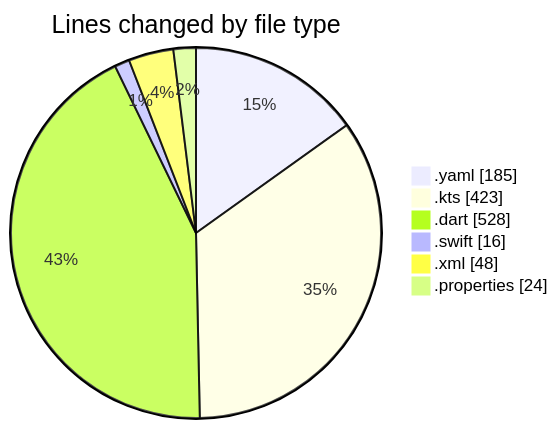
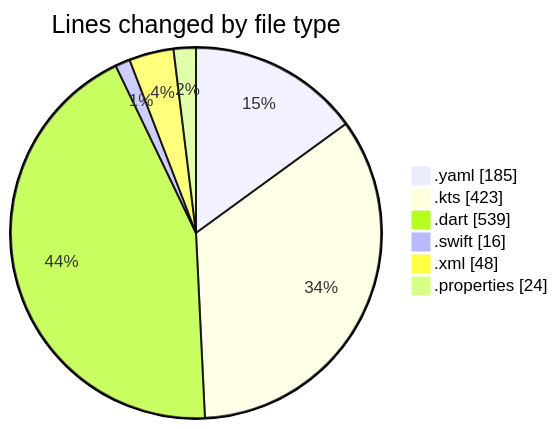
One commit to donsfak/code-tracking changed the first of 2 diagrams in 2025-02-16/uber_clone/README.md. Above: the diagram before and after it, drawn with Mermaid. The commit also changed other lines of this file and 1 other file, not shown here.

````diff
--- a/2025-02-16/uber_clone/README.md
+++ b/2025-02-16/uber_clone/README.md
@@ -31,10 +31,10 @@
 ```mermaid
 pie showData
 title Lines changed by file type
 ".yaml" : 185
 ".kts" : 423
-".dart" : 528
+".dart" : 539
 ".swift" : 16
 ".xml" : 48
 ".properties" : 24
 ```
````
